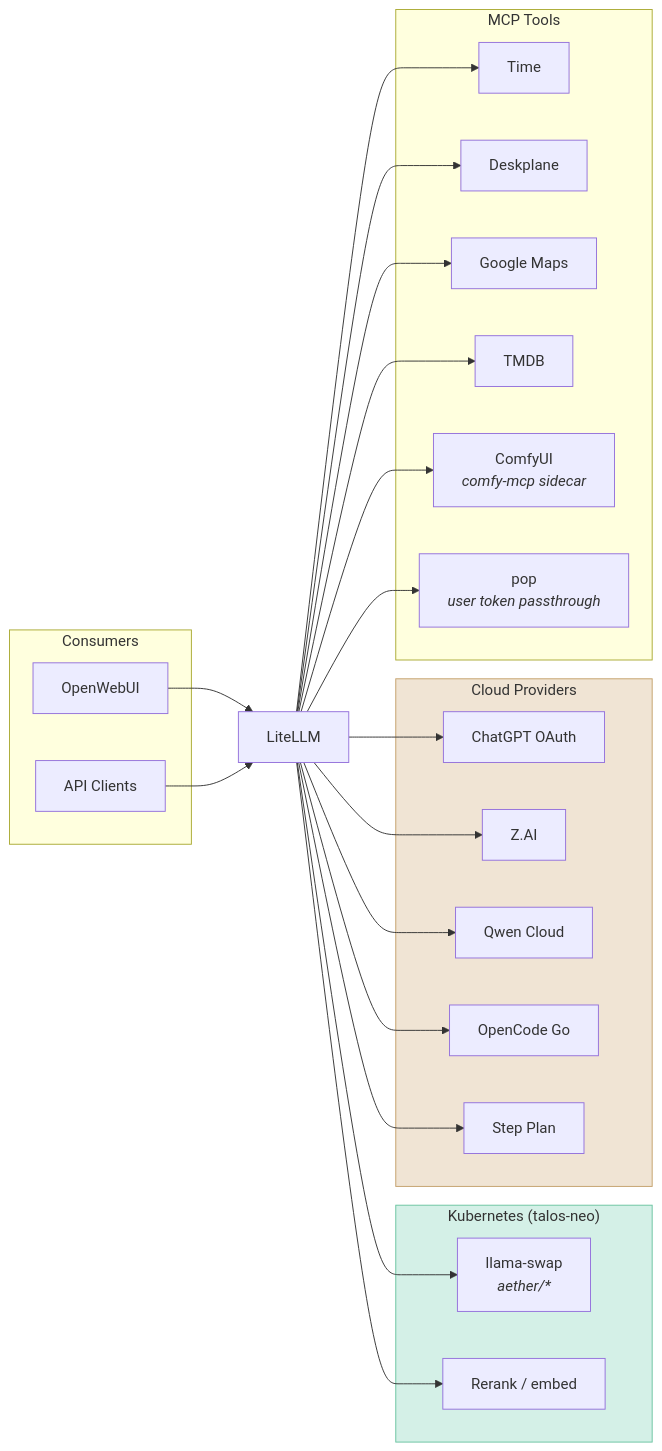
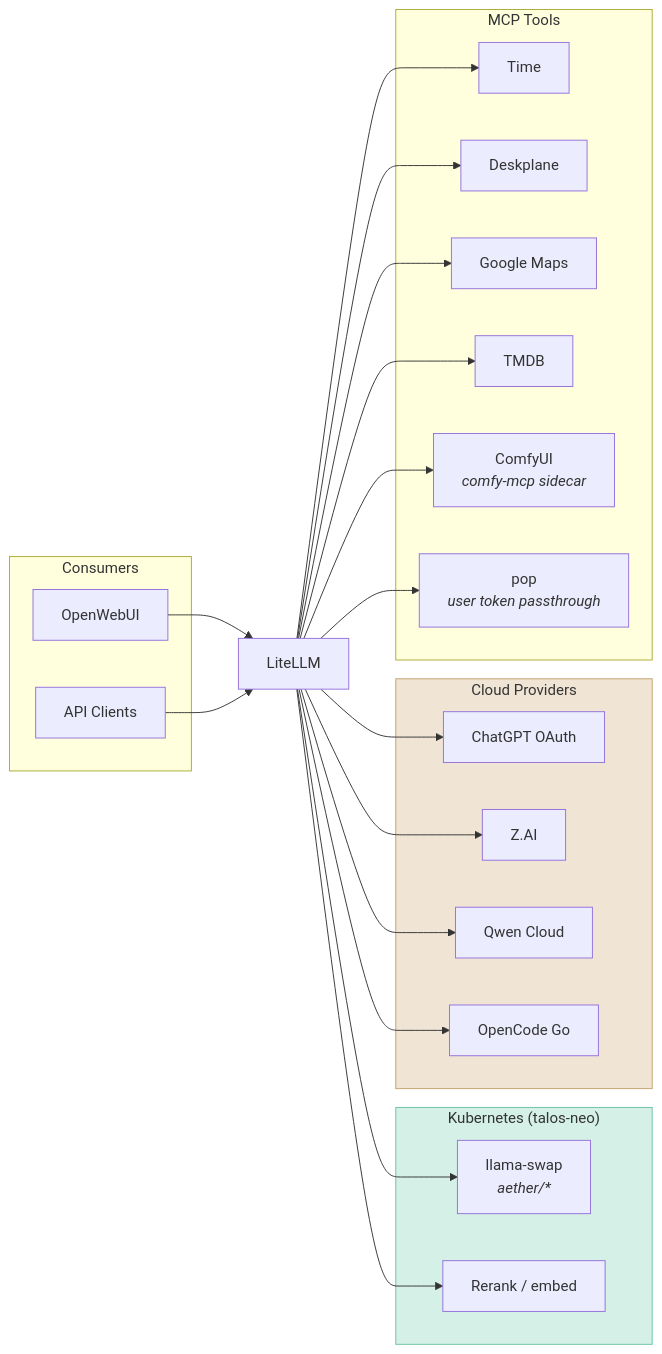
One commit to shedrachokonofua/aether changed the diagram in docs/ai-ml.md. Above: the diagram before and after it, drawn with Mermaid. The commit also changed other lines of this file and 5 other files, not shown here.

First line of the commit message:
ai: drop Step 5 from LiteLLM and Moira

````diff
--- a/docs/ai-ml.md
+++ b/docs/ai-ml.md
@@ -579,39 +573,38 @@
 ```mermaid
 flowchart LR
     subgraph Consumers
         OWUI[OpenWebUI]
         API[API Clients]
     end
 
     LLM[LiteLLM]
 
     subgraph K8s["Kubernetes (talos-neo)"]
         LS[llama-swap<br/><i>aether/*</i>]
         RR[Rerank / embed]
     end
 
     subgraph Cloud["Cloud Providers"]
         OAI[ChatGPT OAuth]
         ZAI[Z.AI]
         QWEN[Qwen Cloud]
         OCGO[OpenCode Go]
-        STEP[Step Plan]
     end
 
     subgraph MCP["MCP Tools"]
         TIME[Time]
         DP[Deskplane]
         GMAPS[Google Maps]
         TMDB[TMDB]
         COMFY[ComfyUI<br/><i>comfy-mcp sidecar</i>]
         POP[pop<br/><i>user token passthrough</i>]
     end
 
     OWUI & API --> LLM
     LLM --> LS & RR
-    LLM --> OAI & ZAI & QWEN & OCGO & STEP
+    LLM --> OAI & ZAI & QWEN & OCGO
     LLM --> TIME & DP & GMAPS & TMDB & COMFY & POP
 
     style K8s fill:#d4f0e7,stroke:#6ac4a0
     style Cloud fill:#f0e4d4,stroke:#c4a06a
 ```
````
